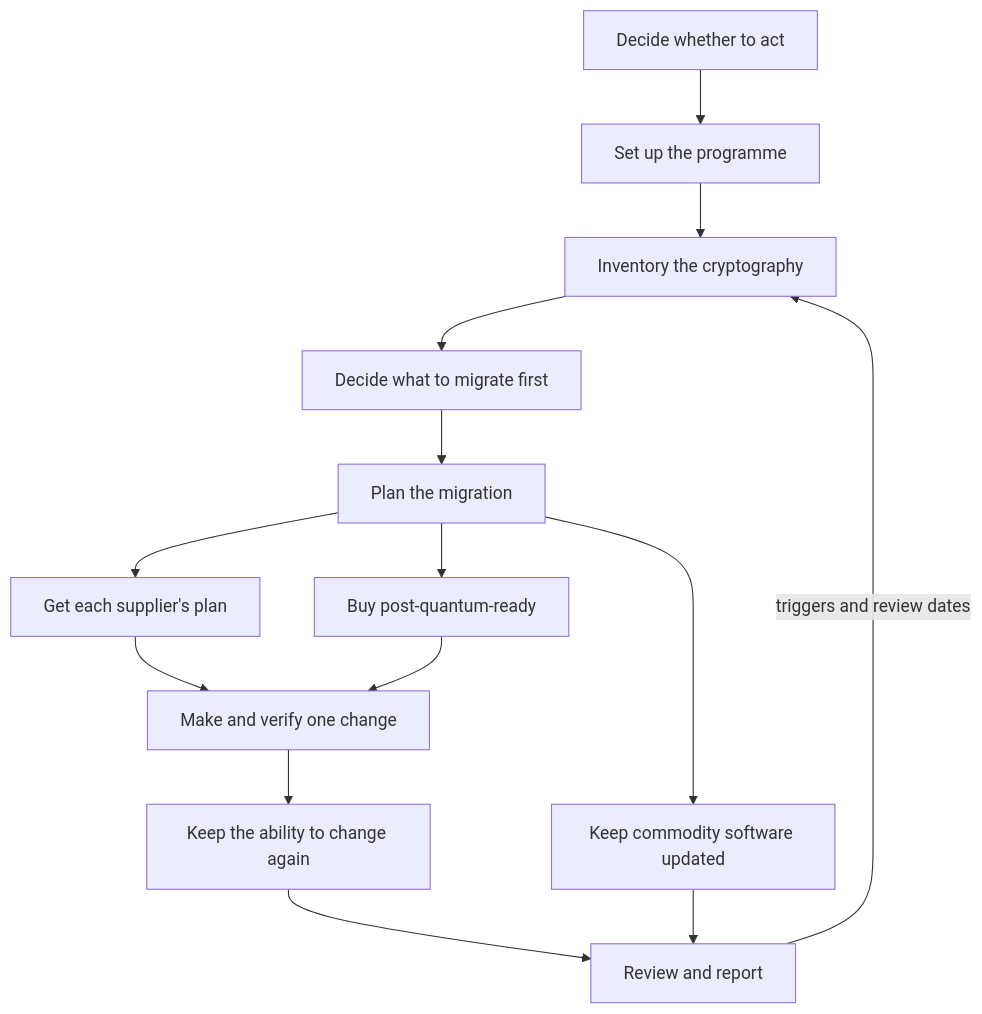
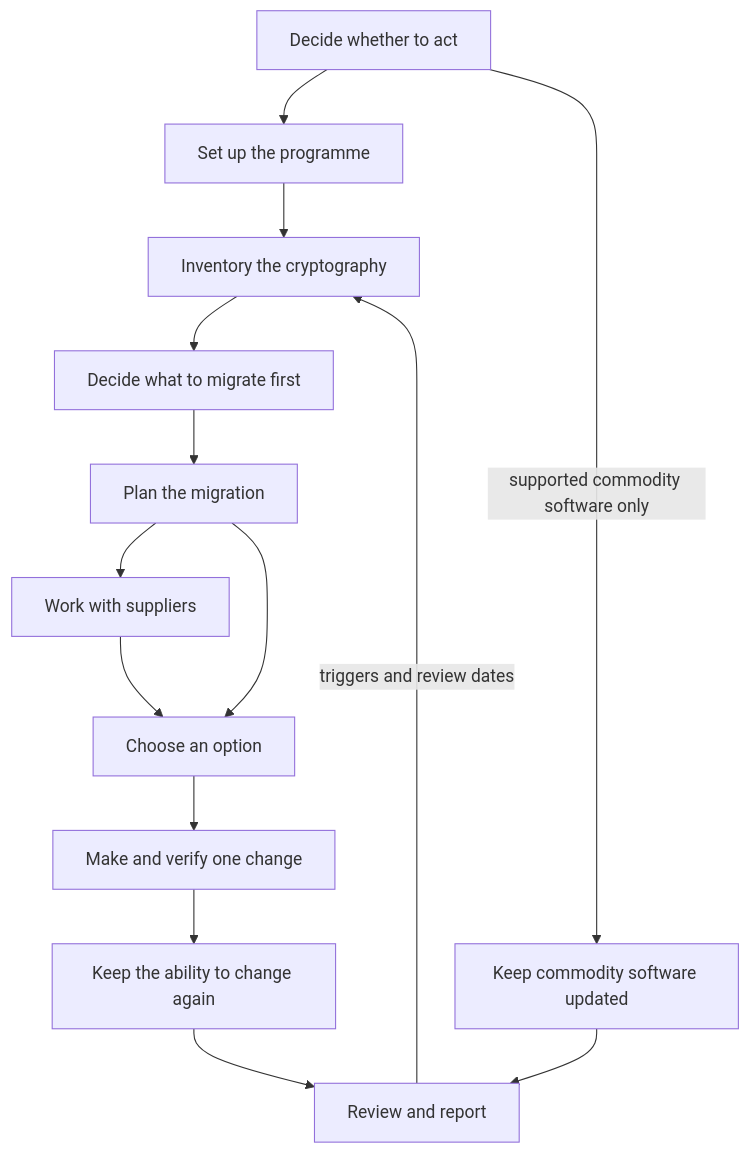
Before and after one commit to pqc-community/handbook: the diagram in docs/migration-practices/index.md, drawn with Mermaid. The commit also changed other lines of this file and 14 other files, not shown here.

````diff
--- a/docs/migration-practices/index.md
+++ b/docs/migration-practices/index.md
@@ -12,16 +12,16 @@
 ```mermaid
 flowchart TD
     D[Decide whether to act] --> P[Set up the programme]
+    D -->|supported commodity software only| C[Keep commodity software updated]
     P --> I[Inventory the cryptography]
     I --> R[Decide what to migrate first]
     R --> PL[Plan the migration]
-    PL --> S[Get each supplier's plan]
-    PL --> B[Buy post-quantum-ready]
-    PL --> C[Keep commodity software updated]
-    S --> M[Make and verify one change]
-    B --> M
+    PL --> S[Work with suppliers]
+    PL --> O[Choose an option]
+    S --> O
+    O --> M[Make and verify one change]
     M --> A[Keep the ability to change again]
     A --> V[Review and report]
     C --> V
     V -->|triggers and review dates| I
 ```
````
